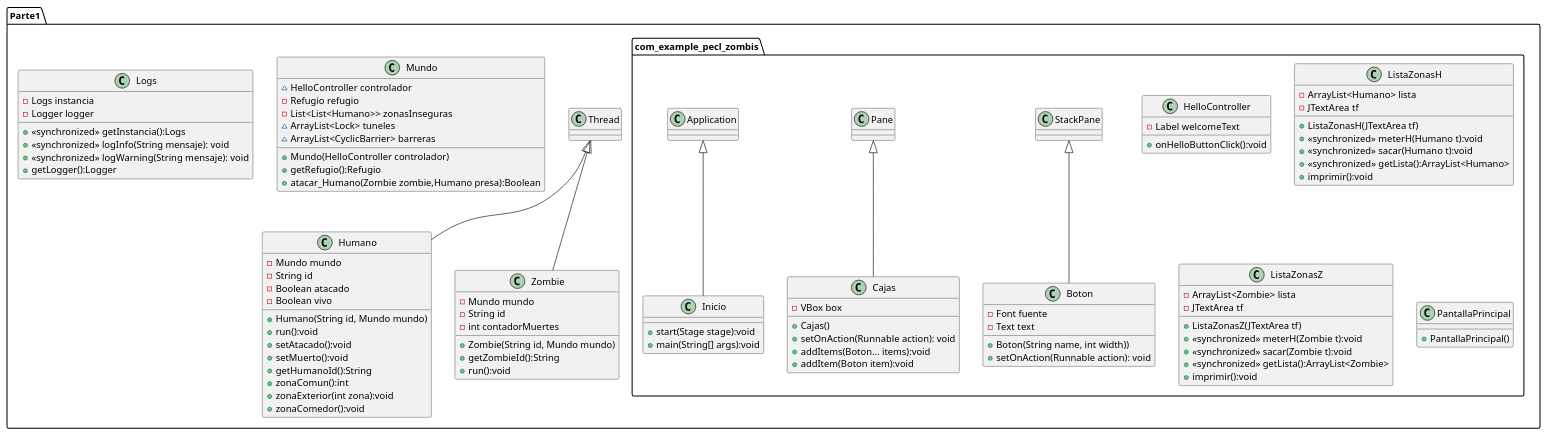
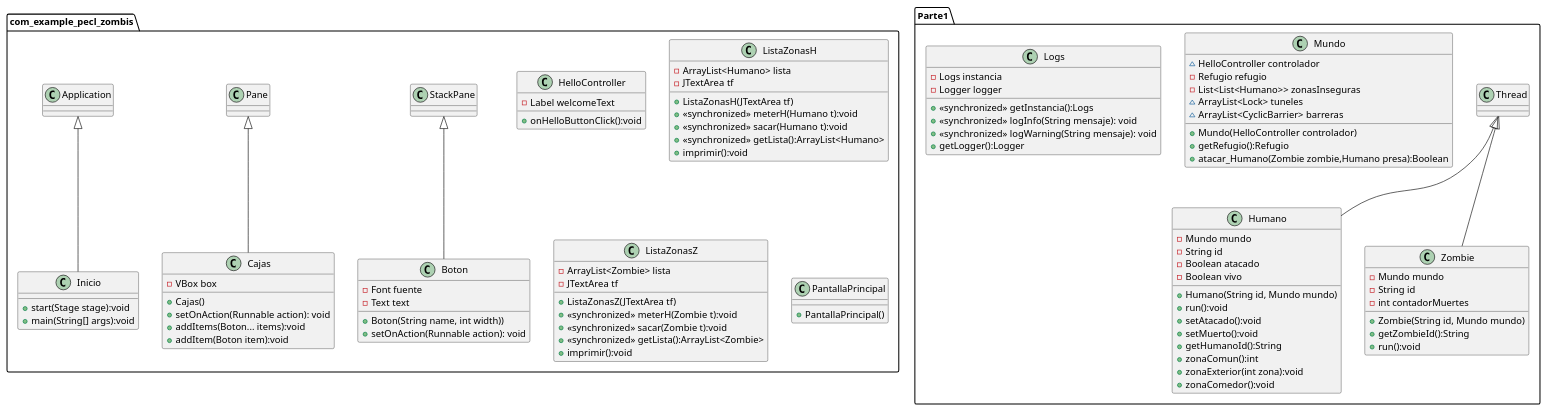
The diagram in src/main/java/Parte1/Apocalipsis.puml (danieltello12/PECL_Zombis), drawn with PlantUML before and after one commit.

Commit message:
Commit con uml actualizada

```diff
--- a/src/main/java/Parte1/Apocalipsis.puml
+++ b/src/main/java/Parte1/Apocalipsis.puml
@@ -1,104 +1,105 @@
 @startuml
 'https://plantuml.com/class-diagram
 
 package Parte1{
 class Humano extends Thread{
     - Mundo mundo
     - String id
     - Boolean atacado
     - Boolean vivo
     +Humano(String id, Mundo mundo)
     +run():void
     +setAtacado():void
     +setMuerto():void
     +getHumanoId():String
     +zonaComun():int
     +zonaExterior(int zona):void
     +zonaComedor():void
 }
 
 
 class Zombie extends Thread{
     - Mundo mundo
     - String id
     - int contadorMuertes
     +Zombie(String id, Mundo mundo)
     +getZombieId():String
     +run():void
 }
 
 class Mundo{
     ~HelloController controlador
     -Refugio refugio
     -List<List<Humano>> zonasInseguras
     ~ArrayList<Lock> tuneles
     ~ArrayList<CyclicBarrier> barreras
     +Mundo(HelloController controlador)
     +getRefugio():Refugio
     +atacar_Humano(Zombie zombie,Humano presa):Boolean
 
 
 }
 
 class Logs{
     -Logs instancia
     -Logger logger
     + «synchronized» getInstancia():Logs
     + «synchronized» logInfo(String mensaje): void
     + «synchronized» logWarning(String mensaje): void
     +getLogger():Logger
+    }
 
 
 }
 package com_example_pecl_zombis{
 class Boton extends StackPane{
     - Font fuente
     - Text text
     +Boton(String name, int width))
     +setOnAction(Runnable action): void
     }
 class Cajas extends Pane{
     - VBox box
     +Cajas()
     +setOnAction(Runnable action): void
     +addItems(Boton... items):void
     +addItem(Boton item):void
     }
 class HelloController{
     -Label welcomeText
     +onHelloButtonClick():void
     }
 class Inicio extends Application{
     +start(Stage stage):void
     +main(String[] args):void
     }
 class ListaZonasH{
     -ArrayList<Humano> lista
     -JTextArea tf
     +ListaZonasH(JTextArea tf)
     + «synchronized» meterH(Humano t):void
     + «synchronized» sacar(Humano t):void
     + «synchronized» getLista():ArrayList<Humano>
     + imprimir():void
     }
 class ListaZonasZ{
     -ArrayList<Zombie> lista
     -JTextArea tf
     +ListaZonasZ(JTextArea tf)
     + «synchronized» meterH(Zombie t):void
     + «synchronized» sacar(Zombie t):void
     + «synchronized» getLista():ArrayList<Zombie>
     + imprimir():void
     }
 
 class PantallaPrincipal{
     +PantallaPrincipal()
 }
 
 
 
 
 
 
 
 @enduml
```
